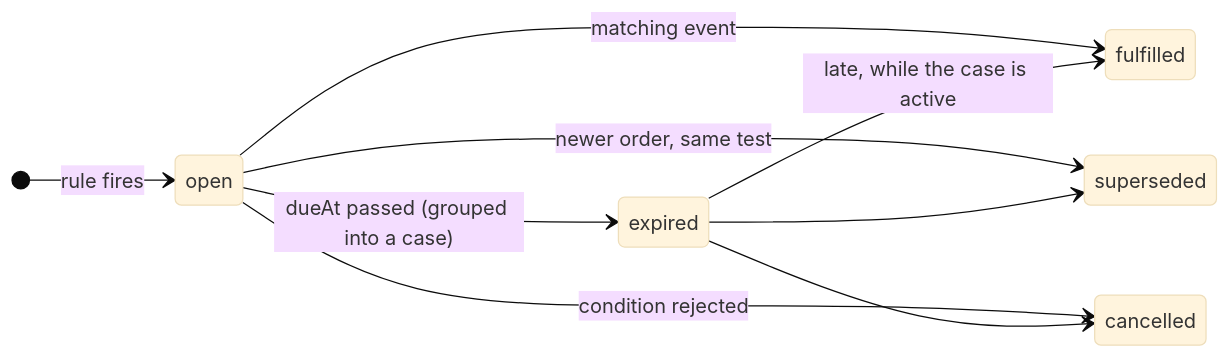
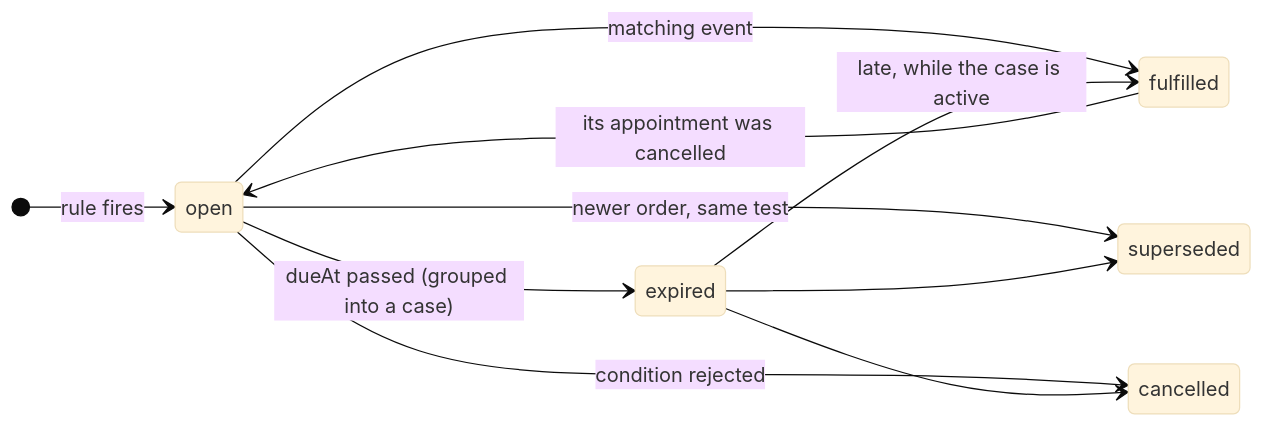
The first of 2 diagrams in packages/core/README.md (Hipocratesalud/follow-up-engine), drawn with Mermaid (base theme) before and after one commit. The commit also changed other lines of this file and 10 other files, not shown here.

First line of the commit message:
HIP-110: a cancelled appointment reopens what its booking fulfilled

````diff
--- a/packages/core/README.md
+++ b/packages/core/README.md
@@ -79,12 +80,13 @@
 ```mermaid
 stateDiagram-v2
   direction LR
   [*] --> open: rule fires
   open --> fulfilled: matching event
   open --> superseded: newer order, same test
   open --> cancelled: condition rejected
   open --> expired: dueAt passed (grouped into a case)
   expired --> fulfilled: late, while the case is active
   expired --> superseded
   expired --> cancelled
+  fulfilled --> open: its appointment was cancelled
 ```
````
